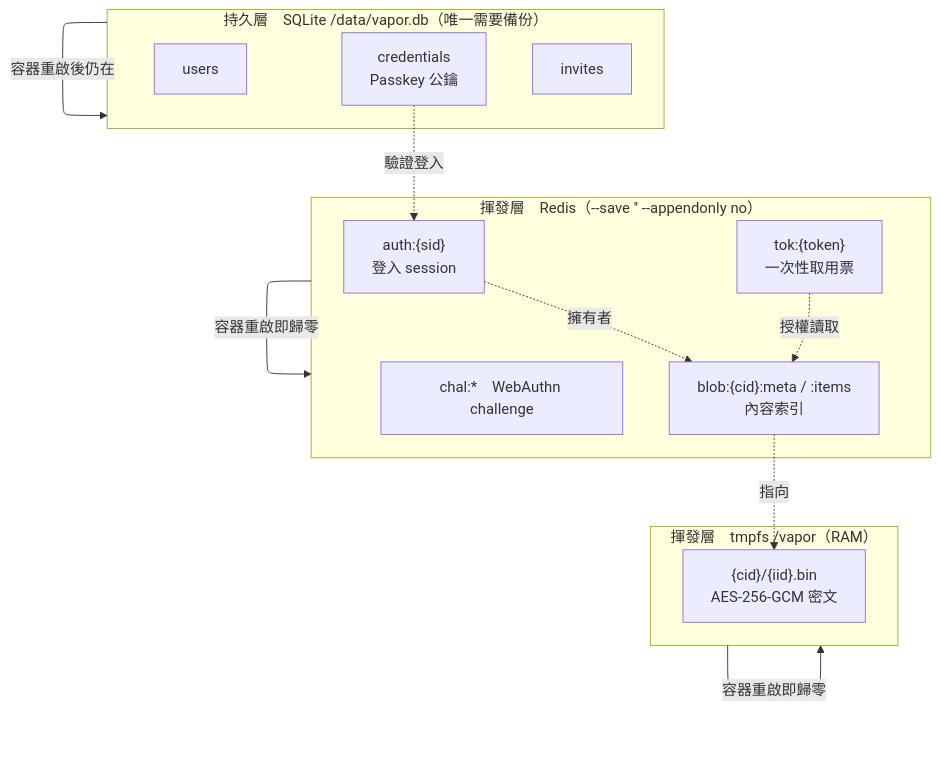
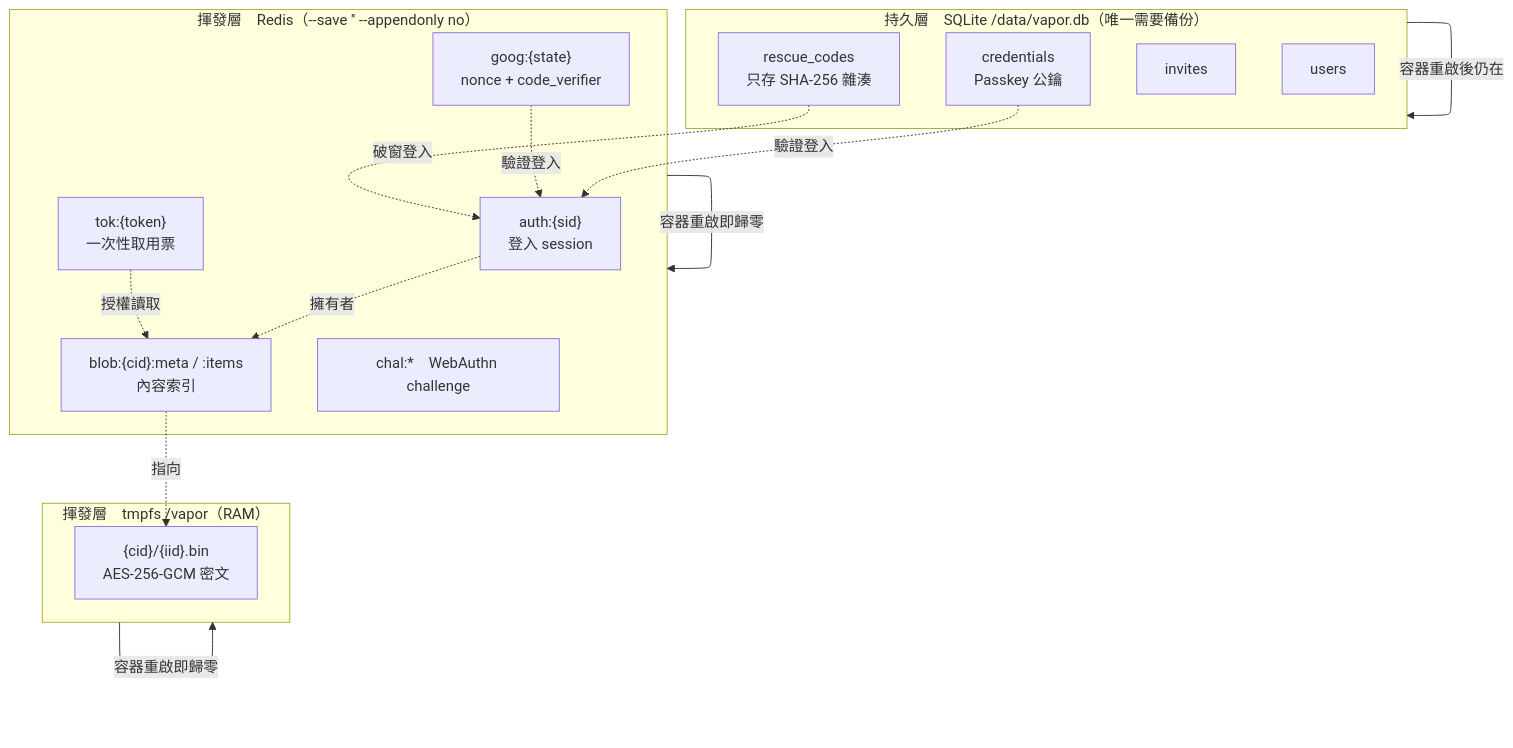
The first of 2 diagrams in docs/DATA_MODEL.md (tonylnng/VaporDrop), drawn with Mermaid before and after one commit. The commit also changed other lines of this file and 19 other files, not shown here.

````diff
--- a/docs/DATA_MODEL.md
+++ b/docs/DATA_MODEL.md
@@ -5,24 +5,28 @@
 ```mermaid
 graph TB
     subgraph P["持久層　SQLite /data/vapor.db（唯一需要備份）"]
         U[users]
         C[credentials<br/>Passkey 公鑰]
         I[invites]
+        RC["rescue_codes<br/>只存 SHA-256 雜湊"]
     end
     subgraph V["揮發層　Redis（--save '' --appendonly no）"]
         S["auth:{sid}<br/>登入 session"]
         M["blob:{cid}:meta / :items<br/>內容索引"]
         T["tok:{token}<br/>一次性取用票"]
         F["chal:*　WebAuthn challenge"]
+        G["goog:{state}<br/>nonce + code_verifier"]
     end
     subgraph B["揮發層　tmpfs /vapor（RAM）"]
         BL["{cid}/{iid}.bin<br/>AES-256-GCM 密文"]
     end
     C -.驗證登入.-> S
+    G -.驗證登入.-> S
+    RC -.破窗登入.-> S
     S -.擁有者.-> M
     M -.指向.-> BL
     T -.授權讀取.-> M
     P -->|容器重啟後仍在| P
     V -->|容器重啟即歸零| V
     B -->|容器重啟即歸零| B
 ```
````
